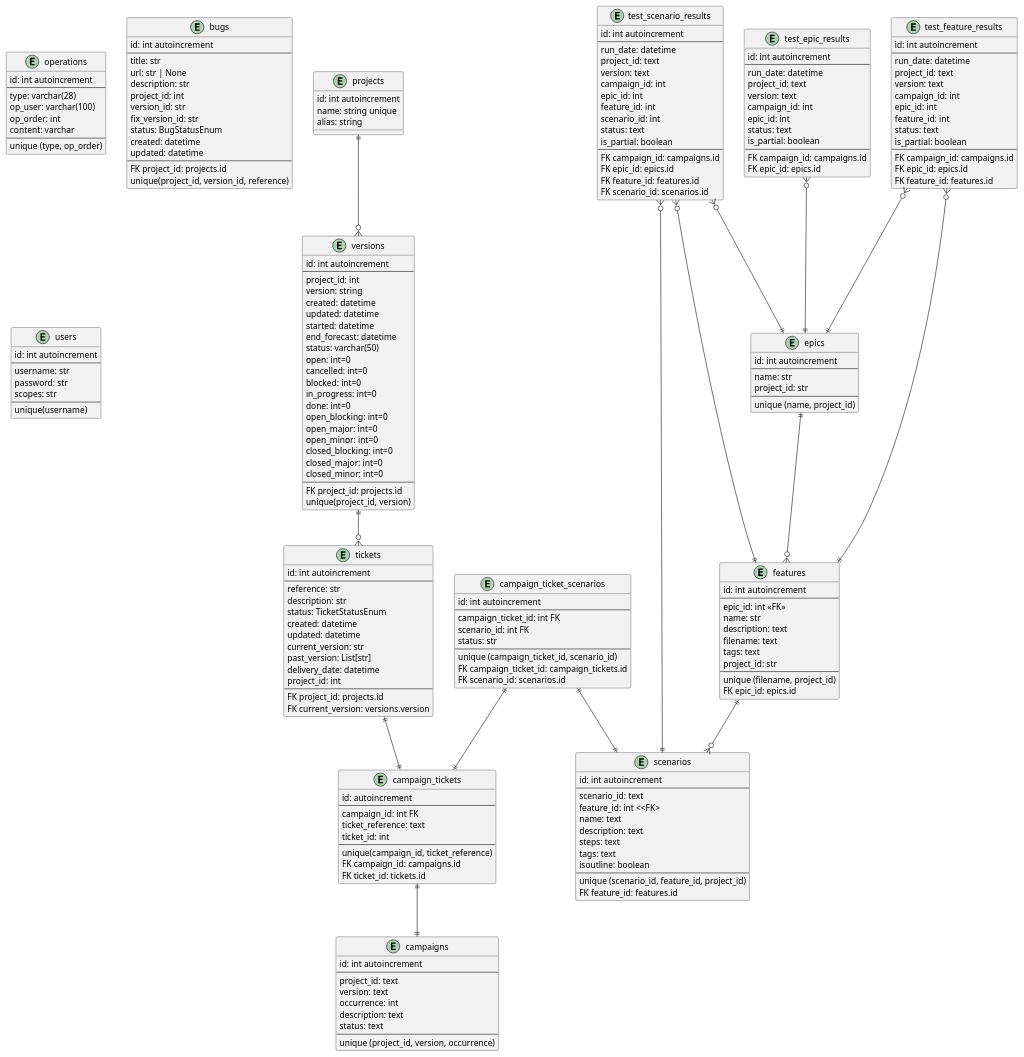
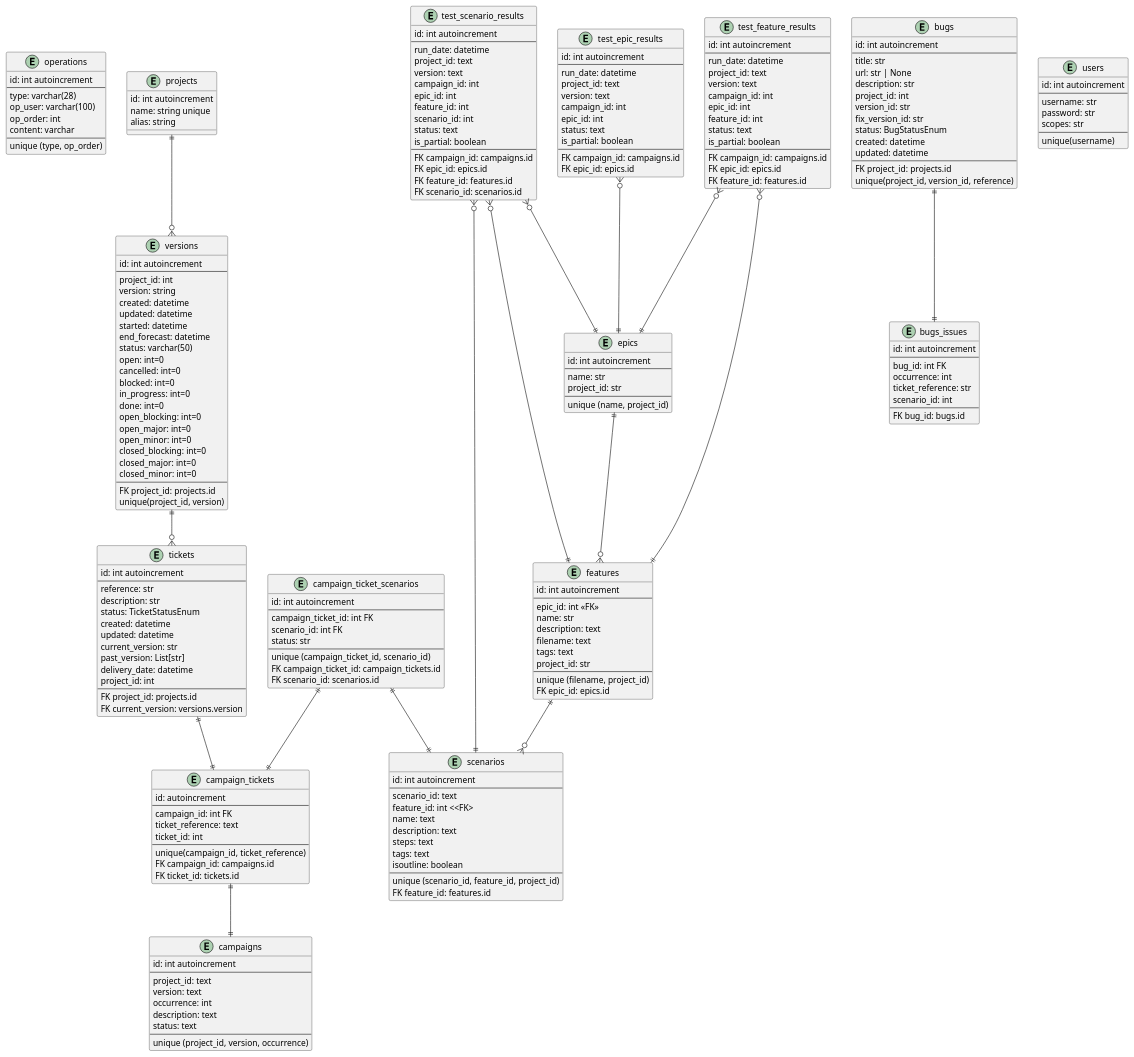
One commit to Hidden-goblin/eaidashboard changed the diagram in documentation/sql_db.puml. Above: the diagram before and after it, drawn with PlantUML. The commit also changed 140 other files, not shown here.

First line of the commit message:
67 reference in bug list (#71)

```diff
--- a/documentation/sql_db.puml
+++ b/documentation/sql_db.puml
@@ -238,6 +238,22 @@
 unique(project_id, version_id, reference)
 }
 
+entity bugs_issues {
+id: int autoincrement
+---
+bug_id: int FK
+occurrence: int
+ticket_reference: str
+scenario_id: int
+---
+FK bug_id: bugs.id
+' Managing as light relationship
+'FK campaign_ticket_scenario_id: campaign_ticket_scenarios.id
+}
+
+' one bug to many issues, one issue to many bugs
+bugs ||--|| bugs_issues
+
 projects ||--o{ versions
 versions ||--o{ tickets
 tickets ||--|| campaign_tickets
```
